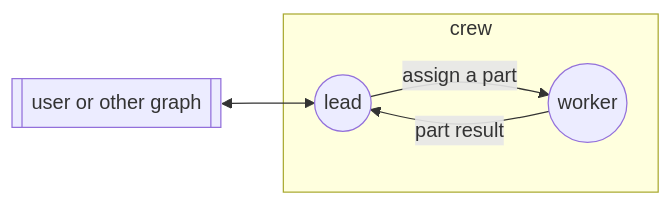
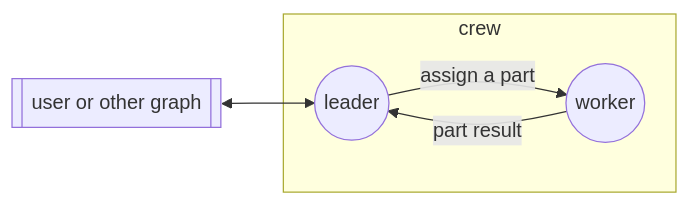
The diagram in .agent-graph/crew/index.md (agent-habilis/agent-gossip), drawn with Mermaid before and after one commit. The commit also changed other lines of this file and 2 other files, not shown here.

Commit message:
refactor(graph): rename crew lead node to leader

````diff
--- a/.agent-graph/crew/index.md
+++ b/.agent-graph/crew/index.md
@@ -9,11 +9,11 @@
 ```mermaid
 flowchart LR
   subgraph crew
-    lead(("lead")):::lead
+    leader(("leader")):::lead
     worker(("worker"))
-    lead assign@-->|"assign a part"| worker
-    worker part-result@-->|"part result"| lead
+    leader assign@-->|"assign a part"| worker
+    worker part-result@-->|"part result"| leader
   end
   outside[["user or other graph"]]
-  outside external@<--> lead
+  outside external@<--> leader
 ```
````
